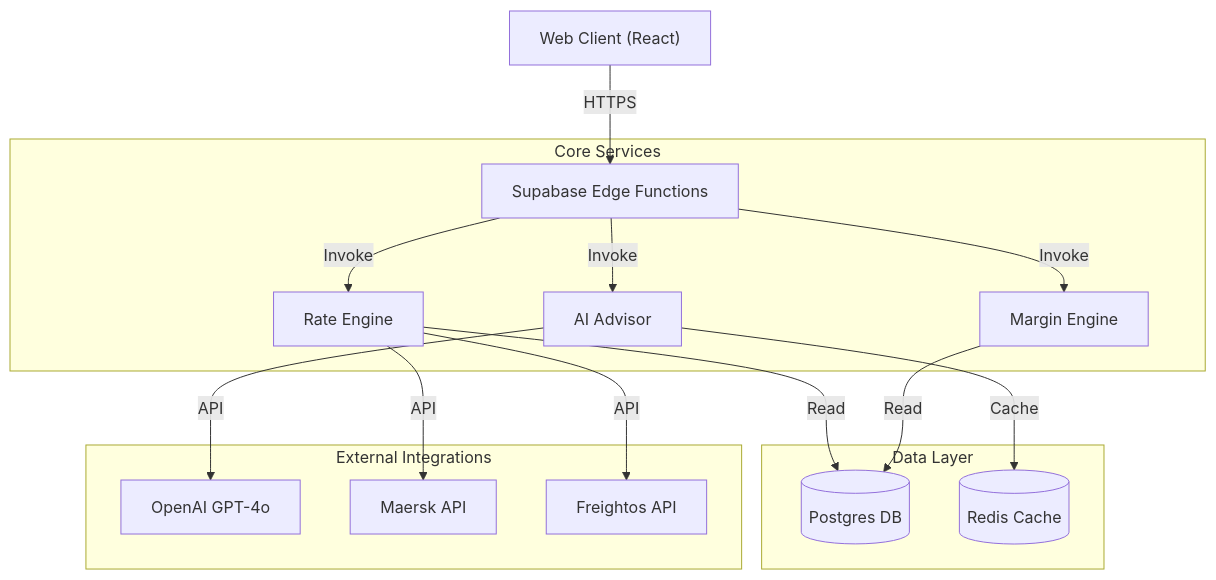
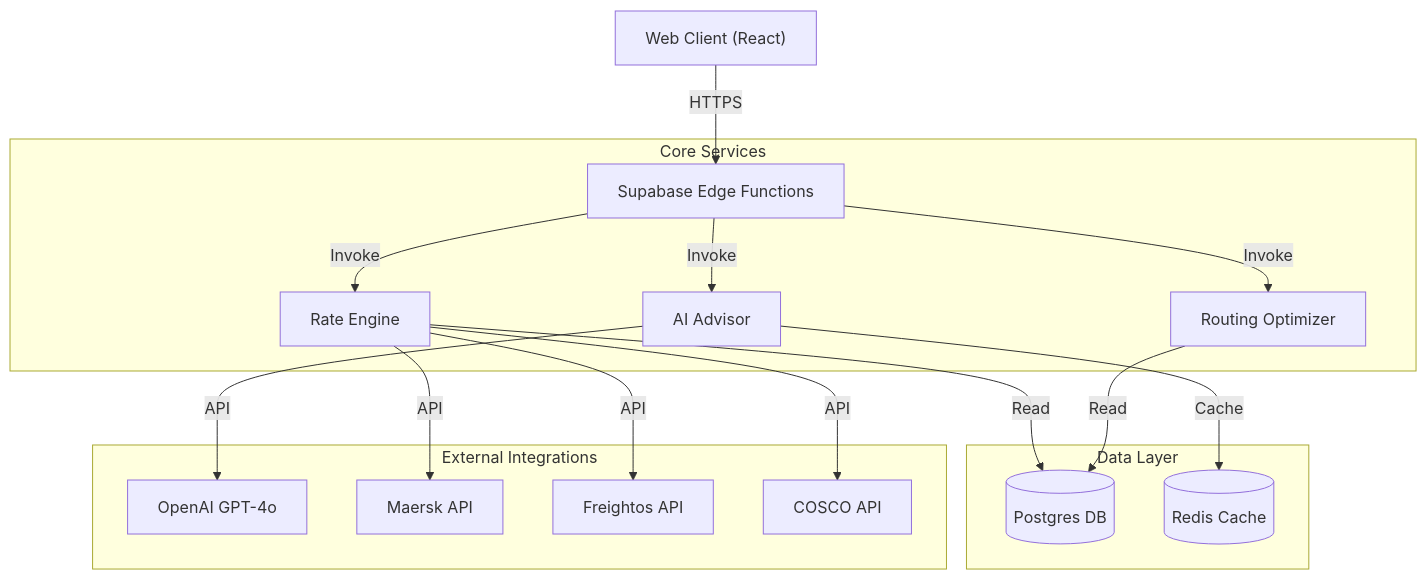
The second of 3 diagrams in docs/Quote/quotation-management-guide.md (vageesha-vaishya/logic-nexus-ai), drawn with Mermaid before and after one commit. The commit also changed other lines of this file and 19 other files, not shown here.

````diff
--- a/docs/Quote/quotation-management-guide.md
+++ b/docs/Quote/quotation-management-guide.md
@@ -101,22 +103,23 @@
 ```mermaid
 graph TD
     Client["Web Client (React)"] -->|HTTPS| Edge["Supabase Edge Functions"]
     
     subgraph "Core Services"
         Edge -->|Invoke| RE["Rate Engine"]
         Edge -->|Invoke| AI["AI Advisor"]
-        Edge -->|Invoke| ME["Margin Engine"]
+        Edge -->|Invoke| RO["Routing Optimizer"]
     end
     
     subgraph "Data Layer"
         RE -->|Read| DB[("Postgres DB")]
-        ME -->|Read| DB
+        RO -->|Read| DB
         AI -->|Cache| Redis[("Redis Cache")]
     end
     
     subgraph "External Integrations"
         AI -->|API| OpenAI["OpenAI GPT-4o"]
         RE -->|API| Maersk["Maersk API"]
         RE -->|API| Freightos["Freightos API"]
+        RE -->|API| COSCO["COSCO API"]
     end
 ```
````
